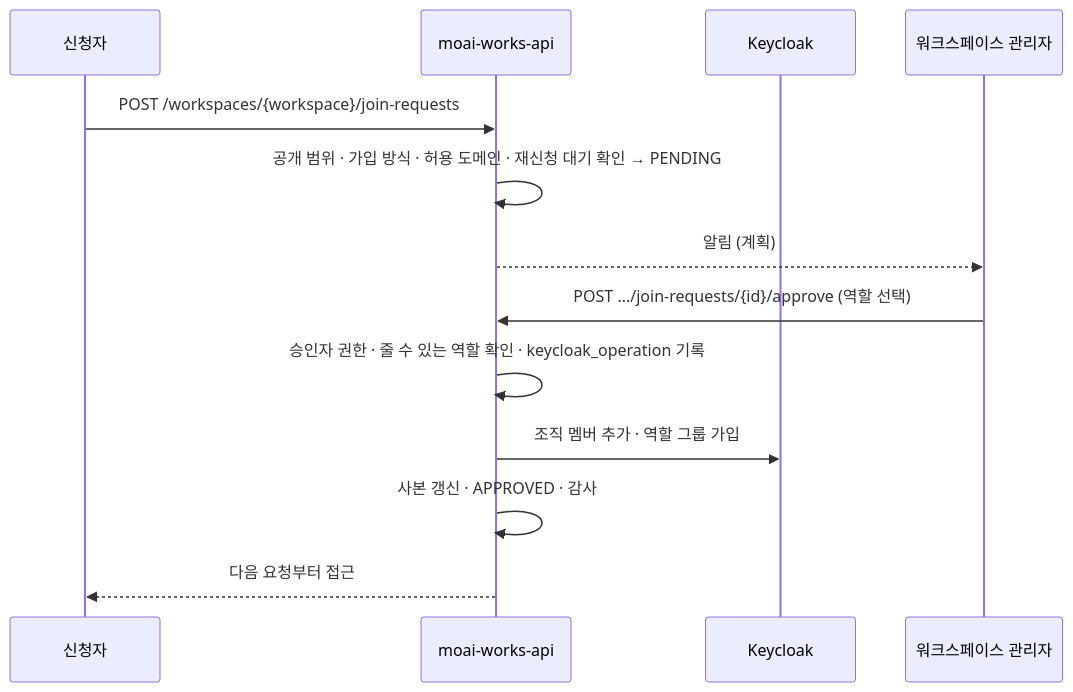
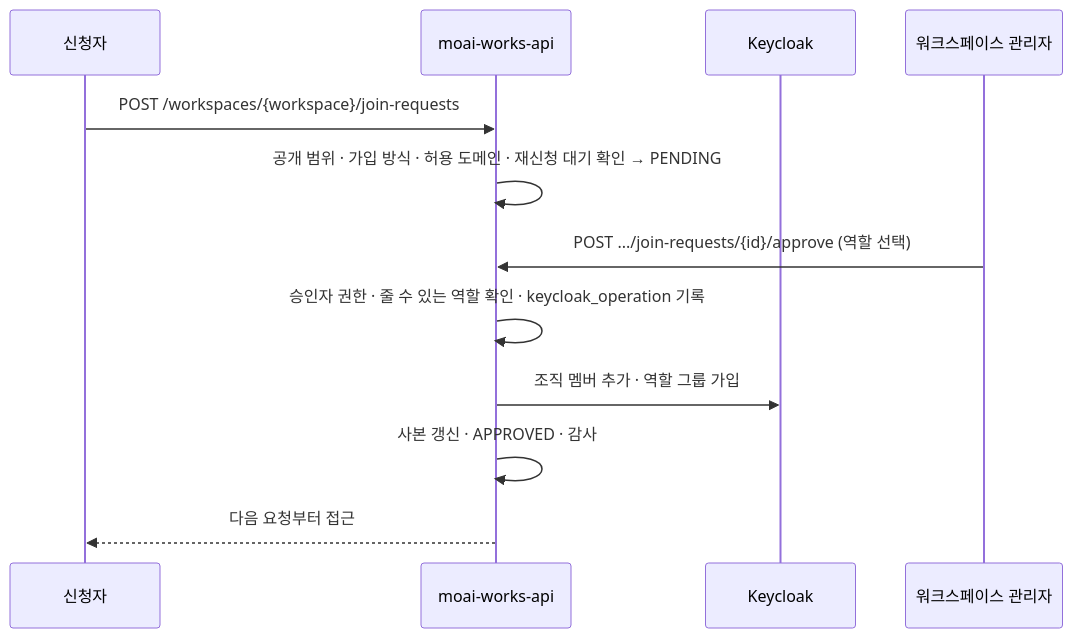
One commit to Gnori/moai-works changed the fourth of 5 diagrams in docs/design/03-workspace-identity.md. Above: the diagram before and after it, drawn with Mermaid. The commit also changed other lines of this file and 59 other files, not shown here.

````diff
--- a/docs/design/03-workspace-identity.md
+++ b/docs/design/03-workspace-identity.md
@@ -588,15 +576,14 @@
 ```mermaid
 sequenceDiagram
     participant R as 신청자
     participant A as moai-works-api
     participant K as Keycloak
     participant M as 워크스페이스 관리자
     R->>A: POST /workspaces/{workspace}/join-requests
     A->>A: 공개 범위 · 가입 방식 · 허용 도메인 · 재신청 대기 확인 → PENDING
-    A-->>M: 알림 (계획)
     M->>A: POST .../join-requests/{id}/approve (역할 선택)
     A->>A: 승인자 권한 · 줄 수 있는 역할 확인 · keycloak_operation 기록
     A->>K: 조직 멤버 추가 · 역할 그룹 가입
     A->>A: 사본 갱신 · APPROVED · 감사
     A-->>R: 다음 요청부터 접근
 ```
````
